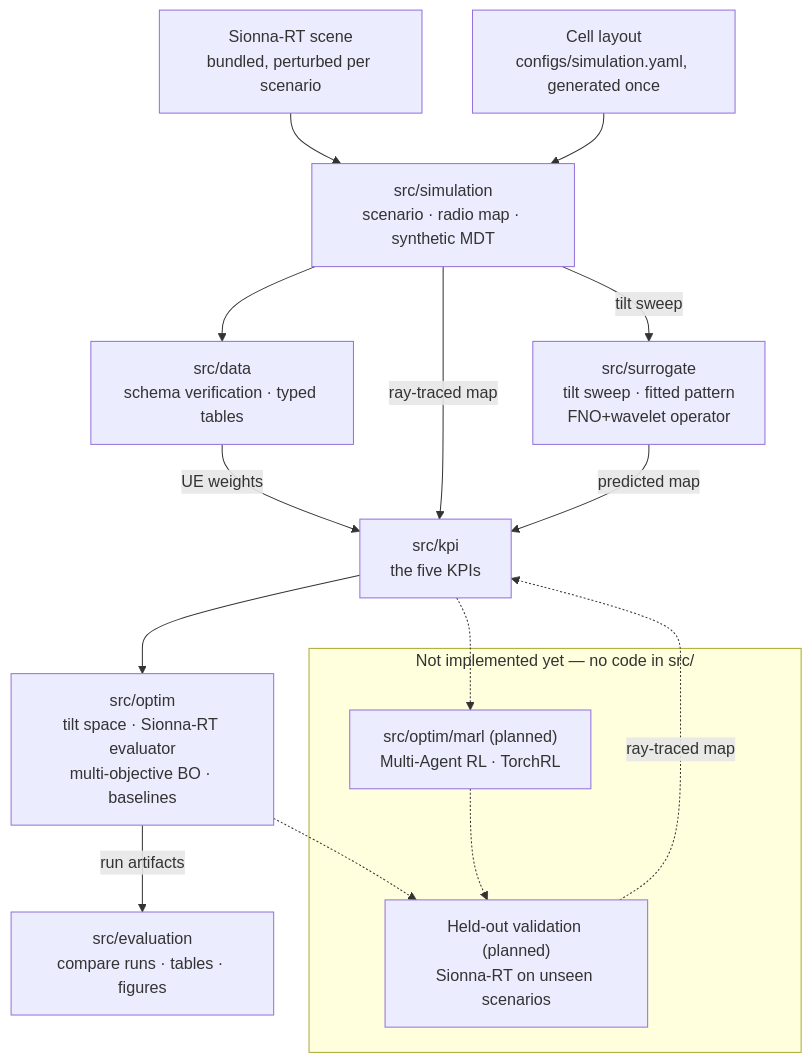
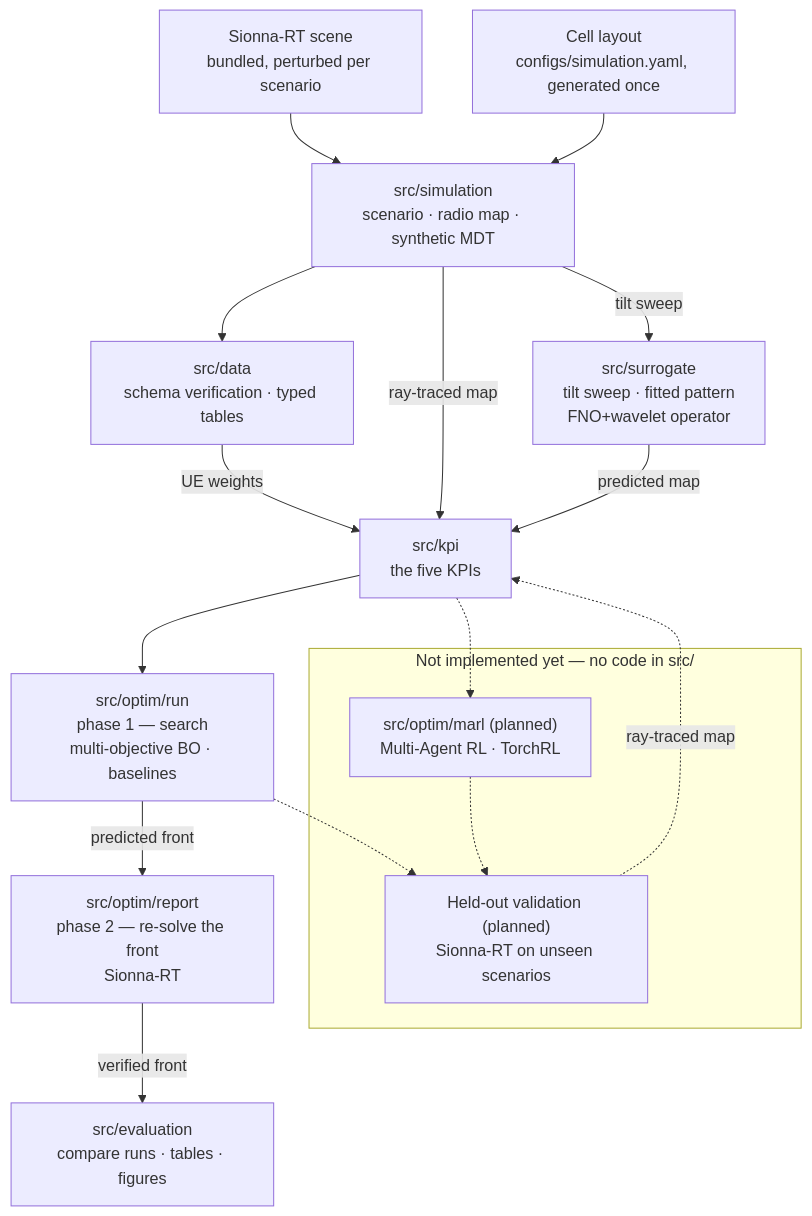
The diagram in README.md (NguyenVu04/band-tilt), drawn with Mermaid before and after one commit. The commit also changed other lines of this file and 26 other files, not shown here.

````diff
--- a/README.md
+++ b/README.md
@@ -152,31 +162,33 @@
 ```mermaid
 flowchart TB
     scene["Sionna-RT scene<br/>bundled, perturbed per scenario"]
     cells["Cell layout<br/>configs/simulation.yaml, generated once"]
 
     sim["src/simulation<br/>scenario · radio map · synthetic MDT"]
     prep["src/data<br/>schema verification · typed tables"]
     kpi["src/kpi<br/>the five KPIs"]
-    opt["src/optim<br/>tilt space · Sionna-RT evaluator<br/>multi-objective BO · baselines"]
+    opt["src/optim/run<br/>phase 1 — search<br/>multi-objective BO · baselines"]
+    ver["src/optim/report<br/>phase 2 — re-solve the front<br/>Sionna-RT"]
     rep["src/evaluation<br/>compare runs · tables · figures"]
     sur["src/surrogate<br/>tilt sweep · fitted pattern<br/>FNO+wavelet operator"]
 
     subgraph future["Not implemented yet — no code in src/"]
         marl["src/optim/marl (planned)<br/>Multi-Agent RL · TorchRL"]
         val["Held-out validation (planned)<br/>Sionna-RT on unseen scenarios"]
     end
 
     scene --> sim
     cells --> sim
     sim --> prep
     sim -->|ray-traced map| kpi
     prep -->|UE weights| kpi
     kpi --> opt
-    opt -->|run artifacts| rep
+    opt -->|predicted front| ver
+    ver -->|verified front| rep
     sim -->|tilt sweep| sur
     sur -->|predicted map| kpi
     kpi -.-> marl
     opt -.-> val
     marl -.-> val
     val -.->|ray-traced map| kpi
 ```
````
